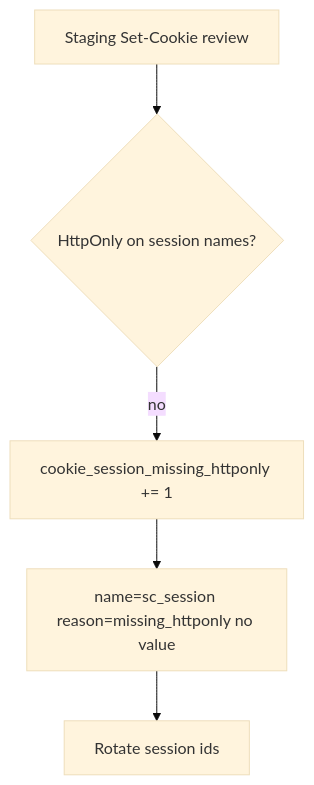
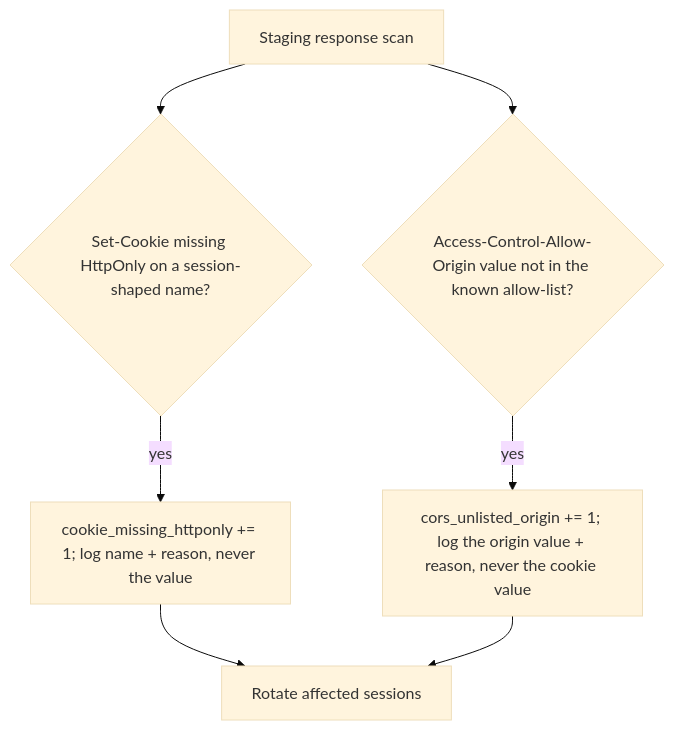
Before and after one commit to ishitvagoel/LearnSecurity: the diagram in content/modules/2/2.3/lessons/06-operate.md, drawn with Mermaid (base theme). The commit also changed other lines of this file and 23 other files, not shown here.

````diff
--- a/content/modules/2/2.3/lessons/06-operate.md
+++ b/content/modules/2/2.3/lessons/06-operate.md
@@ -14,7 +12,9 @@
 ```mermaid
 flowchart TD
-  Scan["Staging Set-Cookie review"] --> Flag{HttpOnly on session names?}
-  Flag -->|no| Metric["cookie_session_missing_httponly += 1"]
-  Metric --> Log["name=sc_session reason=missing_httponly no value"]
-  Log --> Rotate[Rotate session ids]
+  Scan["Staging response scan"] --> Cookie{"Set-Cookie missing HttpOnly on a session-shaped name?"}
+  Scan --> Cors{"Access-Control-Allow-Origin value not in the known allow-list?"}
+  Cookie -->|yes| Metric1["cookie_missing_httponly += 1; log name + reason, never the value"]
+  Cors -->|yes| Metric2["cors_unlisted_origin += 1; log the origin value + reason, never the cookie value"]
+  Metric1 --> Rotate["Rotate affected sessions"]
+  Metric2 --> Rotate
 ```
````
